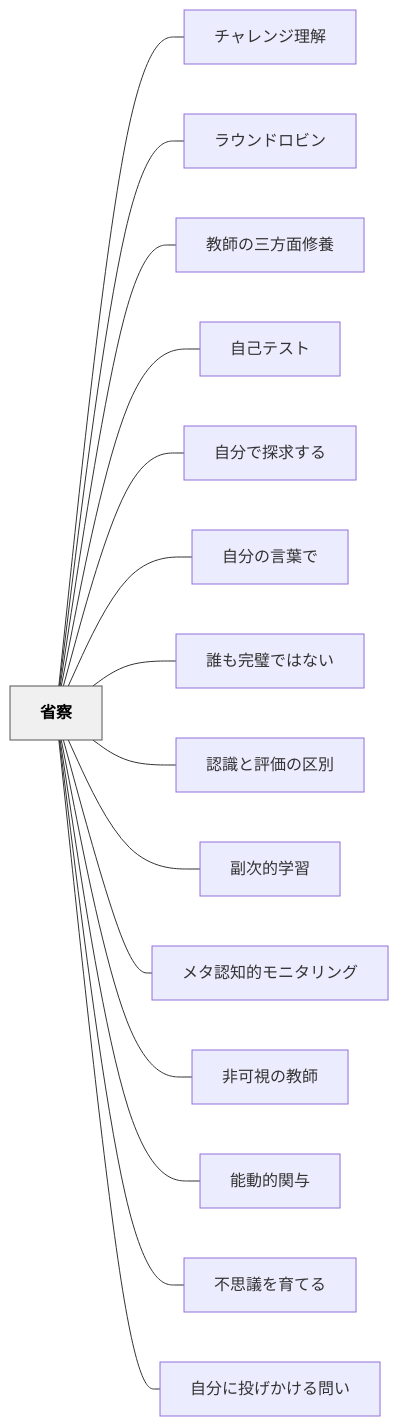
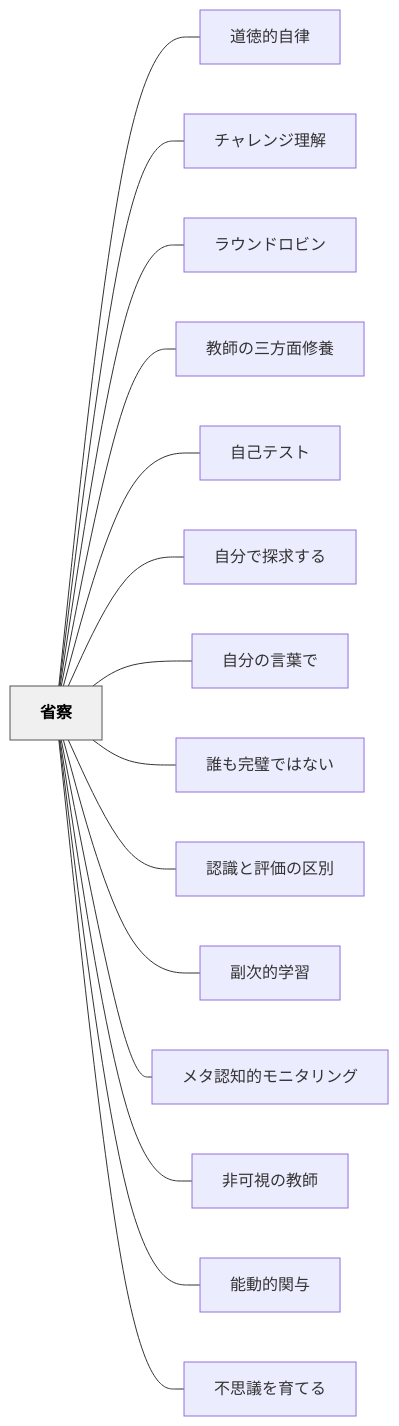
Before and after one commit to unknownthings-ed-patterns/unknownthings-ed-patterns: the diagram in content/パタン/省察.md, drawn with Mermaid. The commit also changed other lines of this file and 12 other files, not shown here.

````diff
--- a/content/パタン/省察.md
+++ b/content/パタン/省察.md
@@ -122,36 +123,36 @@
 ```mermaid
 flowchart LR
     ne79c81e5af9f["省察"]
+    ne98193e5beb3e79a84e887aae5be8b["道徳的自律"]
     ne38381e383a3e383ace383b3e382b8e79086e8a7a3["チャレンジ理解"]
     ne383a9e382a6e383b3e38389e383ade38393e383b3["ラウンドロビン"]
     ne69599e5b8abe381aee4b889e696b9e99da2e4bfaee9a48a["教師の三方面修養"]
     ne887aae5b7b1e38386e382b9e38388["自己テスト"]
     ne887aae58886e381a7e68ea2e6b182e38199e3828b["自分で探求する"]
     ne887aae58886e381aee8a880e89189e381a7["自分の言葉で"]
     ne8aab0e38282e5ae8ce792a7e381a7e381afe381aae38184["誰も完璧ではない"]
     ne8aa8de8ad98e381a8e8a995e4bea1e381aee58cbae588a5["認識と評価の区別"]
     ne589afe6aca1e79a84e5ada6e7bf92["副次的学習"]
     ne383a1e382bfe8aa8de79fa5e79a84e383a2e3838be382bfe383aae383b3e382b0["メタ認知的モニタリング"]
     ne99d9ee58fafe8a696e381aee69599e5b8ab["非可視の教師"]
     ne883bde58b95e79a84e996a2e4b88e["能動的関与"]
     ne4b88de6809de8adb0e38292e882b2e381a6e3828b["不思議を育てる"]
-    ne887aae58886e381abe68a95e38192e3818be38191e3828be5958fe38184["自分に投げかける問い"]
 
+    ne79c81e5af9f --- ne98193e5beb3e79a84e887aae5be8b
     ne79c81e5af9f --- ne38381e383a3e383ace383b3e382b8e79086e8a7a3
     ne79c81e5af9f --- ne383a9e382a6e383b3e38389e383ade38393e383b3
     ne79c81e5af9f --- ne69599e5b8abe381aee4b889e696b9e99da2e4bfaee9a48a
     ne79c81e5af9f --- ne887aae5b7b1e38386e382b9e38388
     ne79c81e5af9f --- ne887aae58886e381a7e68ea2e6b182e38199e3828b
     ne79c81e5af9f --- ne887aae58886e381aee8a880e89189e381a7
     ne79c81e5af9f --- ne8aab0e38282e5ae8ce792a7e381a7e381afe381aae38184
     ne79c81e5af9f --- ne8aa8de8ad98e381a8e8a995e4bea1e381aee58cbae588a5
     ne79c81e5af9f --- ne589afe6aca1e79a84e5ada6e7bf92
     ne79c81e5af9f --- ne383a1e382bfe8aa8de79fa5e79a84e383a2e3838be382bfe383aae383b3e382b0
     ne79c81e5af9f --- ne99d9ee58fafe8a696e381aee69599e5b8ab
     ne79c81e5af9f --- ne883bde58b95e79a84e996a2e4b88e
     ne79c81e5af9f --- ne4b88de6809de8adb0e38292e882b2e381a6e3828b
-    ne79c81e5af9f --- ne887aae58886e381abe68a95e38192e3818be38191e3828be5958fe38184
 
     classDef hub fill:#f0f0f0,stroke:#555,color:#000,font-weight:bold
     class ne79c81e5af9f hub
 ```
````
